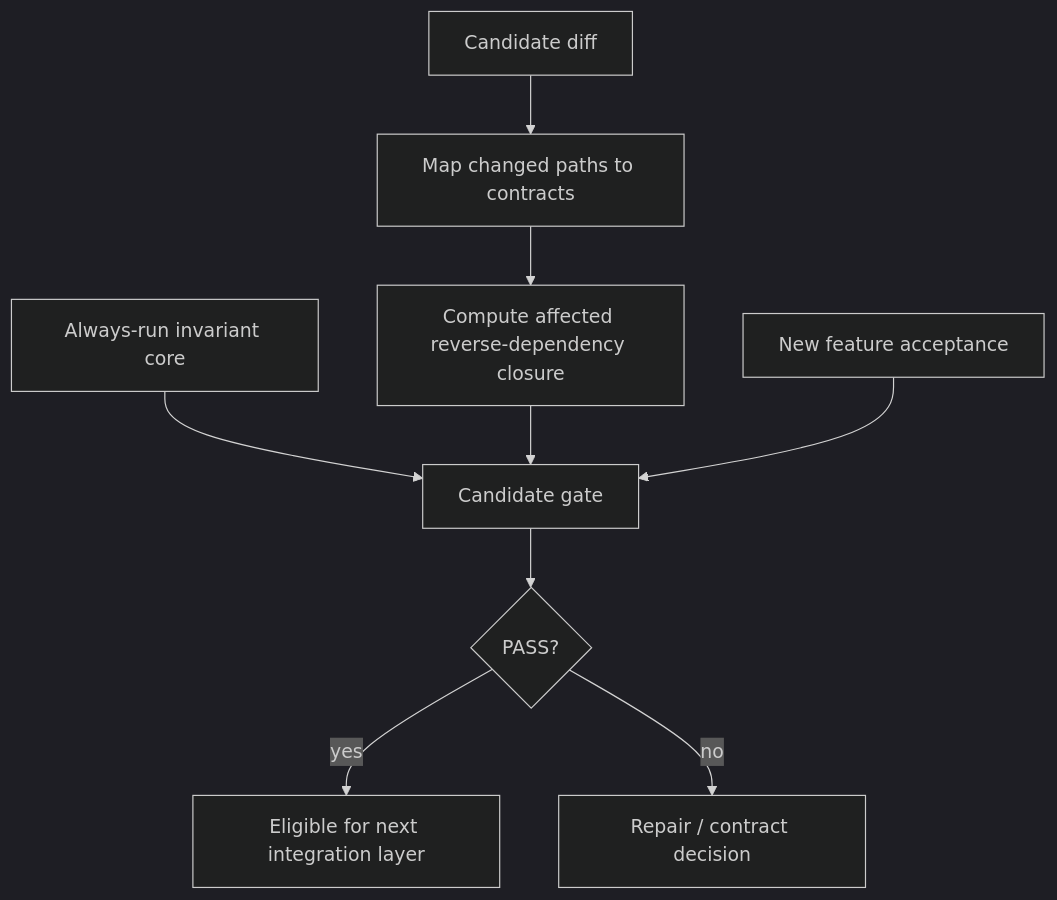
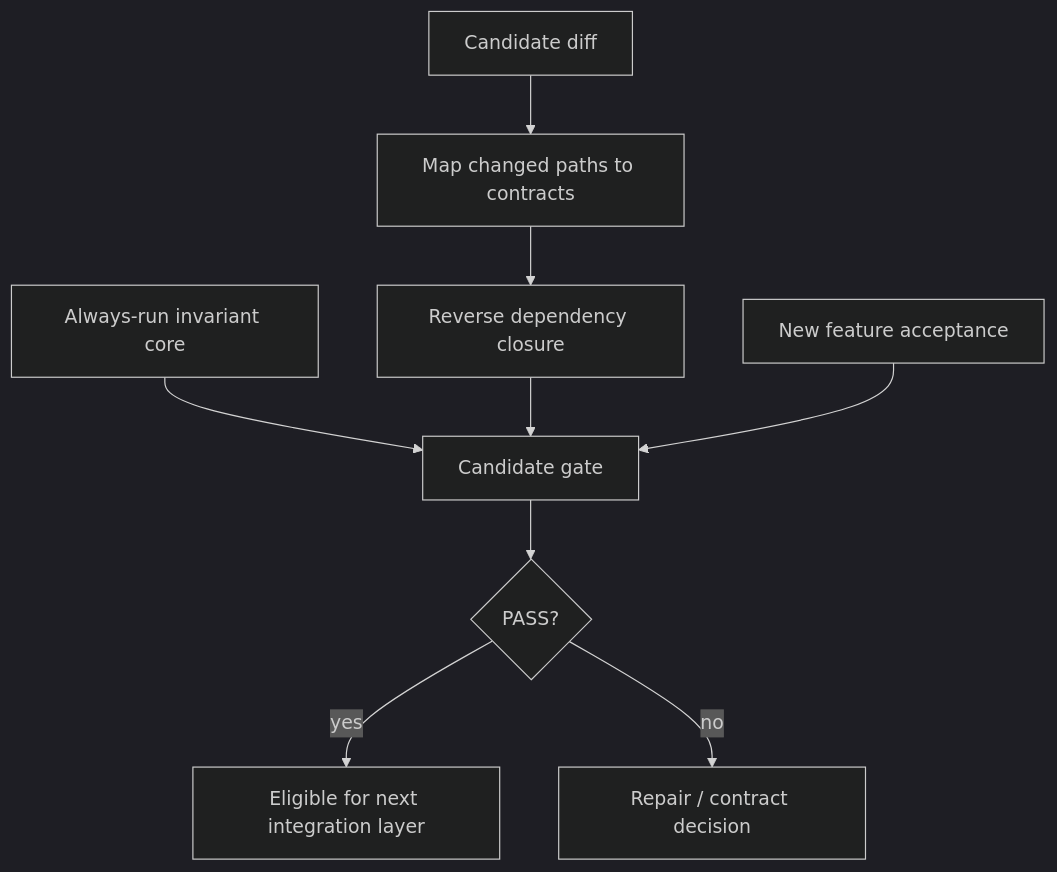
One commit to DassaultFalconKing/CodeSleuth changed the sixth of 7 diagrams in docs/PROTECTED-CAPABILITY-CONTRACTS.md. Above: the diagram before and after it, drawn with Mermaid (dark theme). The commit also changed other lines of this file and 2 other files, not shown here.

````diff
--- a/docs/PROTECTED-CAPABILITY-CONTRACTS.md
+++ b/docs/PROTECTED-CAPABILITY-CONTRACTS.md
@@ -213,11 +210,11 @@
 ```mermaid
 flowchart TD
     DIFF[Candidate diff] --> PATHS[Map changed paths to contracts]
-    PATHS --> CLOSURE[Compute affected reverse-dependency closure]
+    PATHS --> CLOSURE[Reverse dependency closure]
     CORE[Always-run invariant core] --> GATE[Candidate gate]
     CLOSURE --> GATE
     NEW[New feature acceptance] --> GATE
     GATE --> RESULT{PASS?}
     RESULT -->|yes| ELIGIBLE[Eligible for next integration layer]
     RESULT -->|no| REPAIR[Repair / contract decision]
 ```
````
